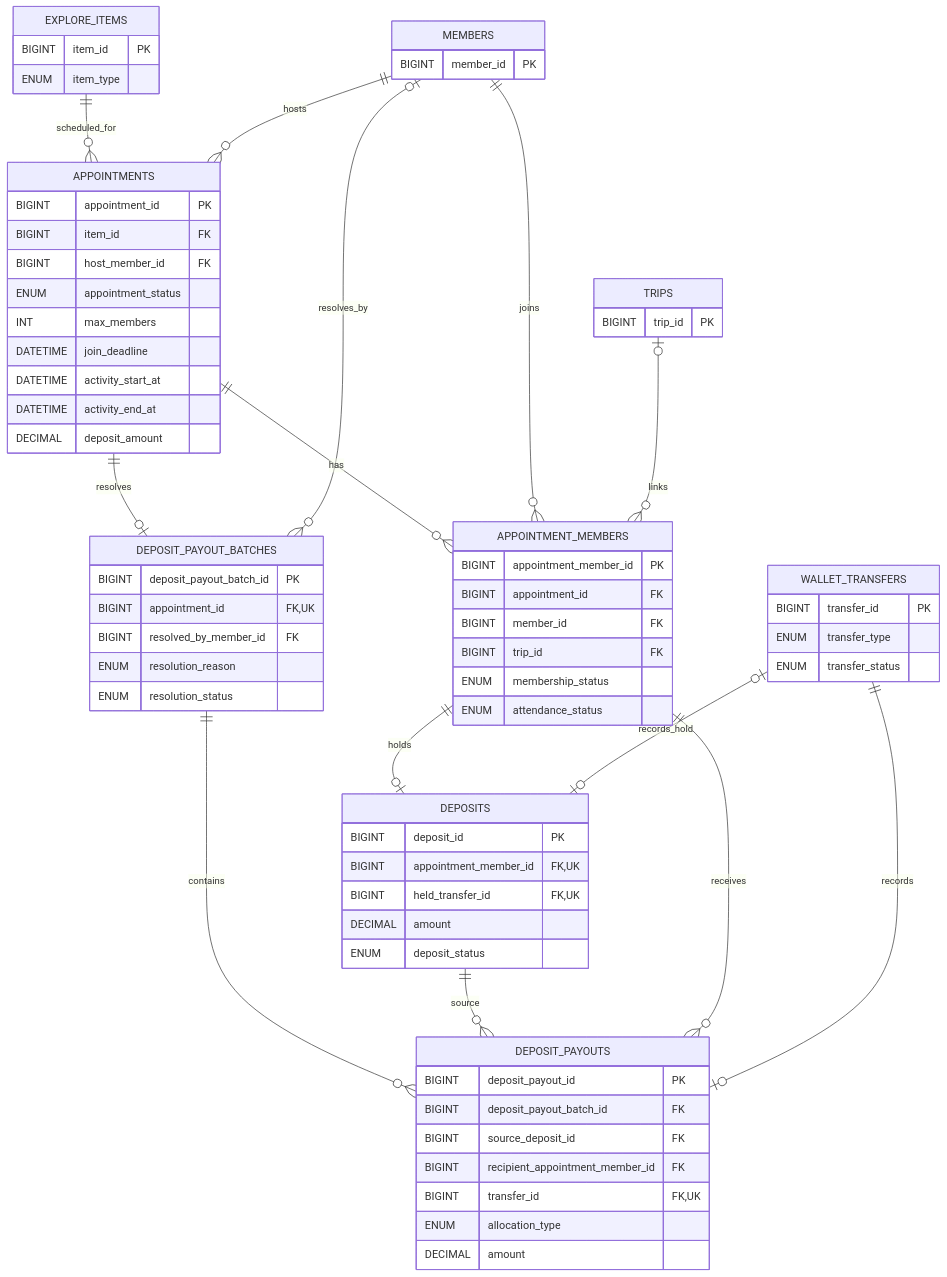
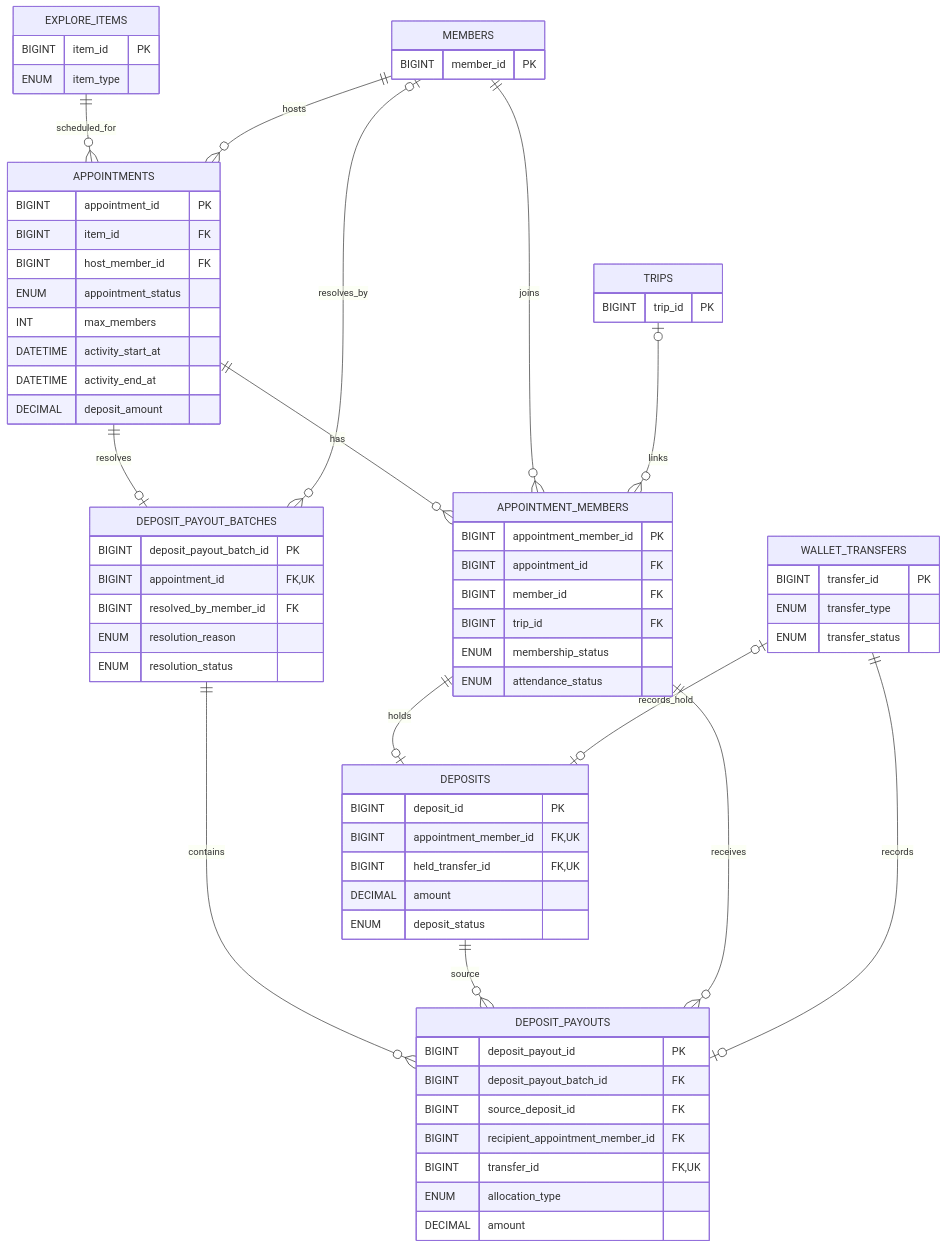
The diagram in backend/docs/database/APPOINTMENT_ERD.md (T-ravelers/NA-WA), drawn with Mermaid before and after one commit. The commit also changed 37 other files, not shown here.

```diff
--- a/backend/docs/database/APPOINTMENT_ERD.md
+++ b/backend/docs/database/APPOINTMENT_ERD.md
@@ -40,7 +40,6 @@
         BIGINT host_member_id FK
         ENUM appointment_status
         INT max_members
-        DATETIME join_deadline
         DATETIME activity_start_at
         DATETIME activity_end_at
         DECIMAL deposit_amount
```
